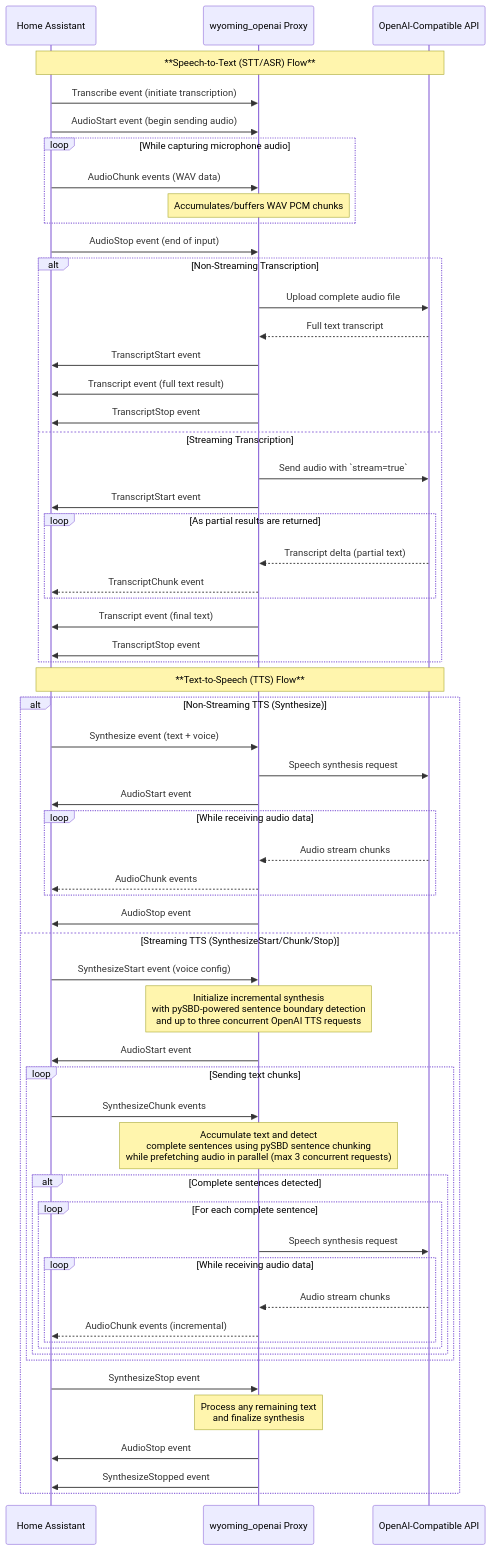
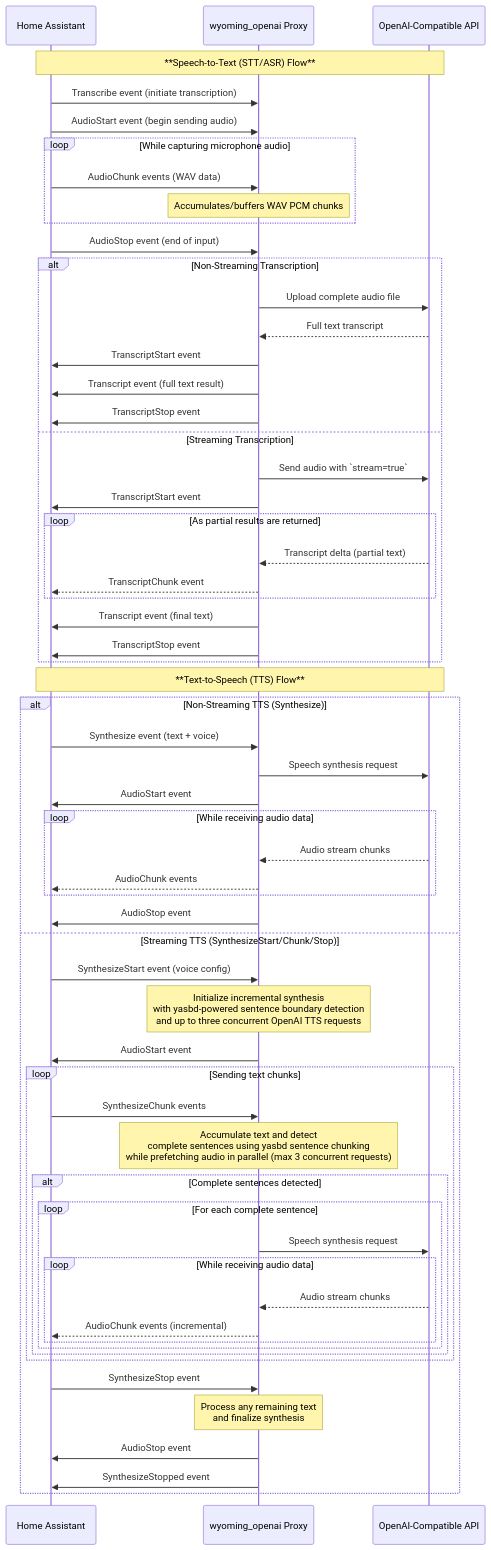
Before and after one commit to roryeckel/wyoming_openai: the first of 2 diagrams in README.md, drawn with Mermaid. The commit also changed other lines of this file and 3 other files, not shown here.

Commit message:
Adopt yasbd for TTS sentence segmentation (#78)

````diff
--- a/README.md
+++ b/README.md
@@ -442,66 +442,66 @@
 ```mermaid
 sequenceDiagram
   participant HA as Home Assistant
   participant WY as wyoming_openai Proxy
   participant OAPI as OpenAI-Compatible API
   
   Note over HA,OAPI: **Speech-to-Text (STT/ASR) Flow**
   HA->>WY: Transcribe event (initiate transcription)
   HA->>WY: AudioStart event (begin sending audio)
   loop While capturing microphone audio
     HA->>WY: AudioChunk events (WAV data)
     Note over WY: Accumulates/buffers WAV PCM chunks
   end
   HA->>WY: AudioStop event (end of input)
   
   alt Non-Streaming Transcription
     WY->>OAPI: Upload complete audio file
     OAPI-->>WY: Full text transcript
     WY->>HA: TranscriptStart event
     WY->>HA: Transcript event (full text result)
     WY->>HA: TranscriptStop event
   else Streaming Transcription
     WY->>OAPI: Send audio with `stream=true`
     WY->>HA: TranscriptStart event
     loop As partial results are returned
       OAPI-->>WY: Transcript delta (partial text)
       WY-->>HA: TranscriptChunk event
     end
     WY->>HA: Transcript event (final text)
     WY->>HA: TranscriptStop event
   end
   
   Note over HA,OAPI: **Text-to-Speech (TTS) Flow**
   
   alt Non-Streaming TTS (Synthesize)
     HA->>WY: Synthesize event (text + voice)
     WY->>OAPI: Speech synthesis request
     WY->>HA: AudioStart event
     loop While receiving audio data
       OAPI-->>WY: Audio stream chunks
       WY-->>HA: AudioChunk events
     end
     WY->>HA: AudioStop event
   else Streaming TTS (SynthesizeStart/Chunk/Stop)
     HA->>WY: SynthesizeStart event (voice config)
-    Note over WY: Initialize incremental synthesis<br/>with pySBD-powered sentence boundary detection<br/>and up to three concurrent OpenAI TTS requests
+    Note over WY: Initialize incremental synthesis<br/>with yasbd-powered sentence boundary detection<br/>and up to three concurrent OpenAI TTS requests
     WY->>HA: AudioStart event
     loop Sending text chunks
       HA->>WY: SynthesizeChunk events
-      Note over WY: Accumulate text and detect<br/>complete sentences using pySBD sentence chunking<br/>while prefetching audio in parallel (max 3 concurrent requests)
+      Note over WY: Accumulate text and detect<br/>complete sentences using yasbd sentence chunking<br/>while prefetching audio in parallel (max 3 concurrent requests)
       alt Complete sentences detected
         loop For each complete sentence
           WY->>OAPI: Speech synthesis request
           loop While receiving audio data
             OAPI-->>WY: Audio stream chunks
             WY-->>HA: AudioChunk events (incremental)
           end
         end
       end
     end
     HA->>WY: SynthesizeStop event
     Note over WY: Process any remaining text<br/>and finalize synthesis
     WY->>HA: AudioStop event
     WY->>HA: SynthesizeStopped event
   end
 ```
````
